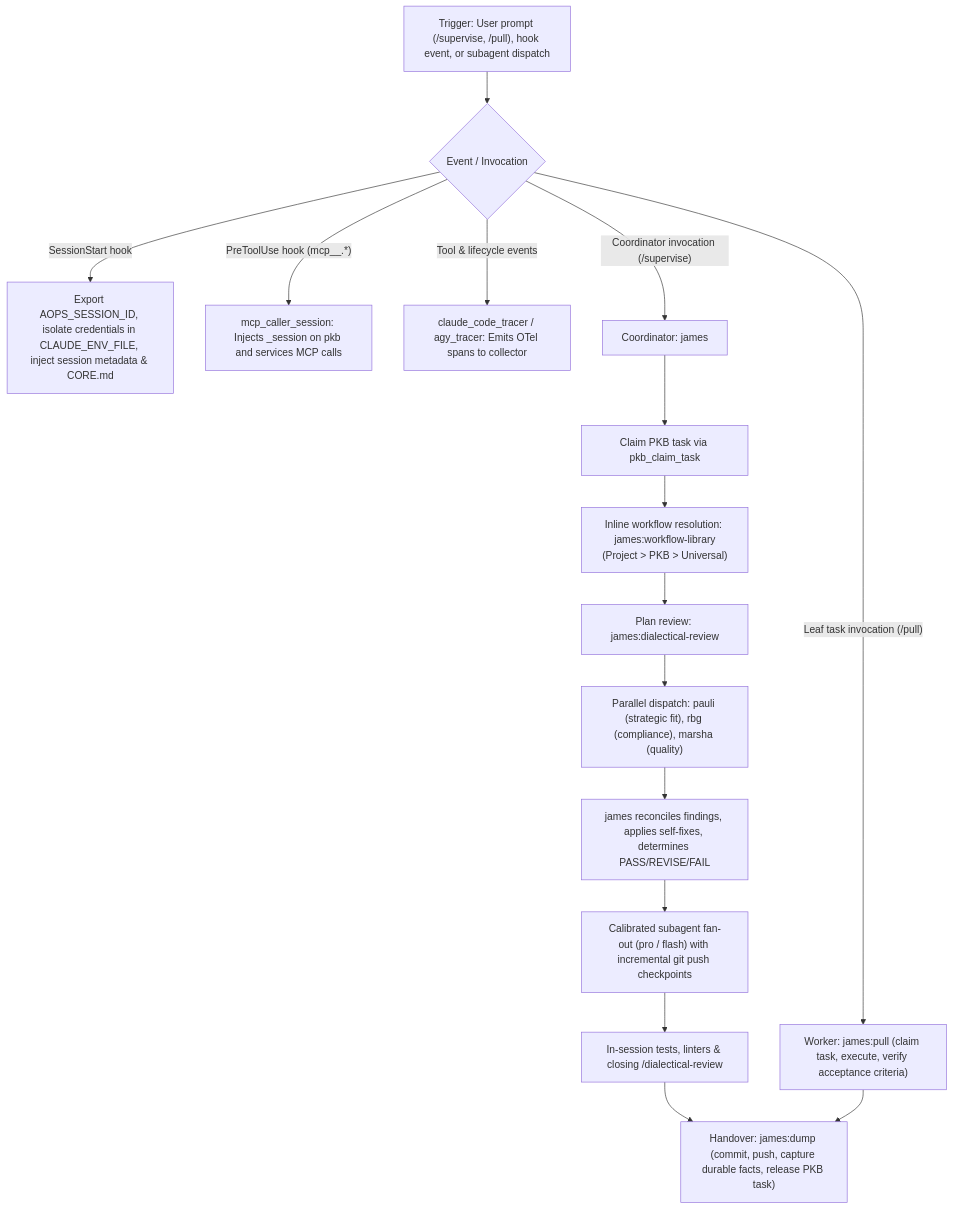
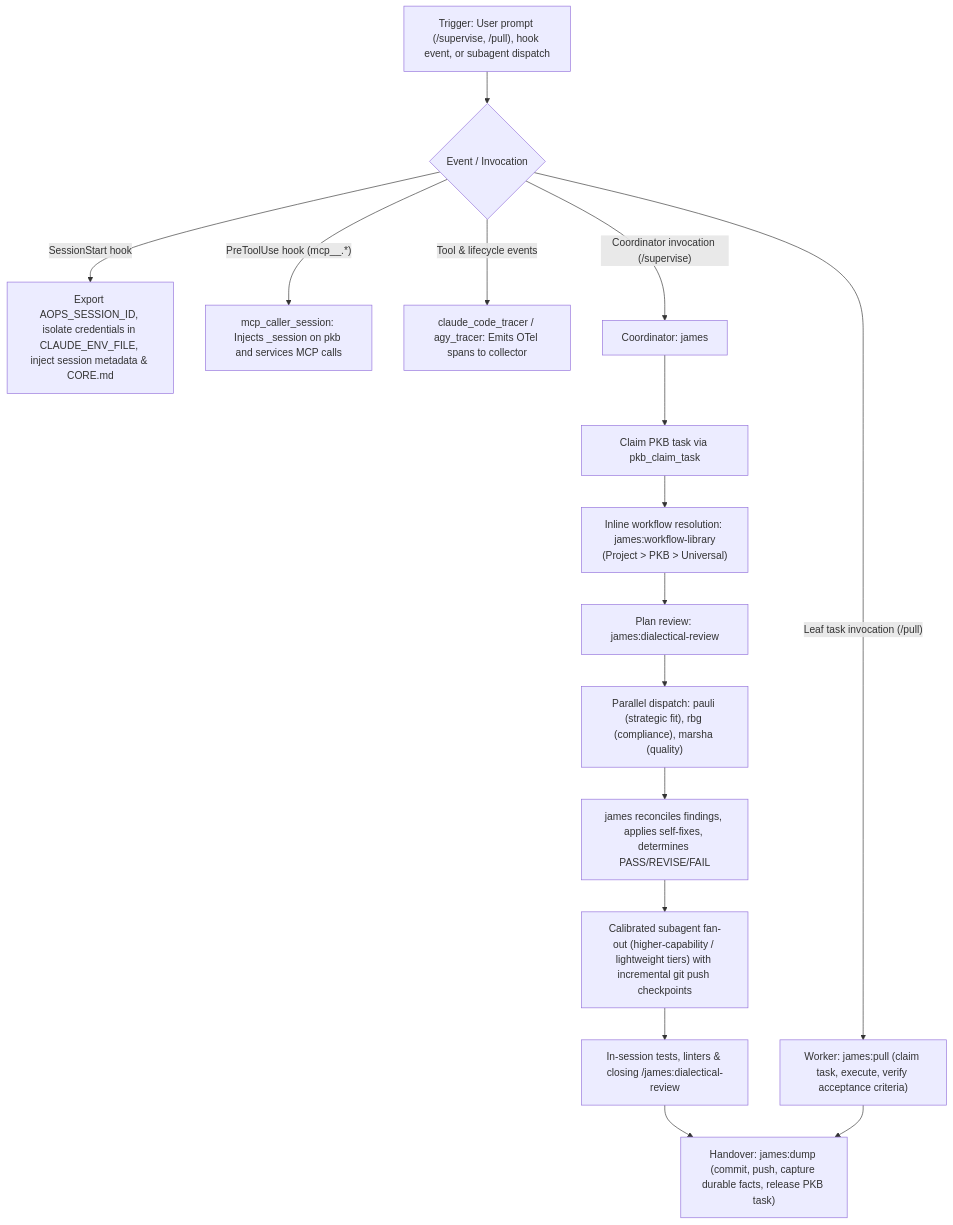
One commit to nicsuzor/academicOps changed the diagram in plugins/james/README.md. Above: the diagram before and after it, drawn with Mermaid. The commit also changed other lines of this file and 7 other files, not shown here.

````diff
--- a/plugins/james/README.md
+++ b/plugins/james/README.md
@@ -7,23 +7,23 @@
 ```mermaid
 flowchart TD
     Trigger["Trigger: User prompt (/supervise, /pull), hook event, or subagent dispatch"] --> Dispatcher{"Event / Invocation"}
 
     Dispatcher -- "SessionStart hook" --> Init["Export AOPS_SESSION_ID, isolate credentials in CLAUDE_ENV_FILE, inject session metadata & CORE.md"]
     Dispatcher -- "PreToolUse hook (mcp__.*)" --> SessionInjection["mcp_caller_session: Injects _session on pkb and services MCP calls"]
     Dispatcher -- "Tool & lifecycle events" --> Tracers["claude_code_tracer / agy_tracer: Emits OTel spans to collector"]
 
     Dispatcher -- "Coordinator invocation (/supervise)" --> James["Coordinator: james"]
     James --> Claim["Claim PKB task via pkb_claim_task"]
     Claim --> WorkflowLib["Inline workflow resolution: james:workflow-library\n(Project > PKB > Universal)"]
     WorkflowLib --> ReviewPhase["Plan review: james:dialectical-review"]
 
     ReviewPhase --> Dialectic["Parallel dispatch: pauli (strategic fit), rbg (compliance), marsha (quality)"]
     Dialectic --> Reconcile["james reconciles findings, applies self-fixes, determines PASS/REVISE/FAIL"]
 
-    Reconcile --> FanOut["Calibrated subagent fan-out (pro / flash) with incremental git push checkpoints"]
-    FanOut --> InSessionQA["In-session tests, linters & closing /dialectical-review"]
+    Reconcile --> FanOut["Calibrated subagent fan-out (higher-capability / lightweight tiers) with incremental git push checkpoints"]
+    FanOut --> InSessionQA["In-session tests, linters & closing /james:dialectical-review"]
     InSessionQA --> Dump["Handover: james:dump (commit, push, capture durable facts, release PKB task)"]
 
     Dispatcher -- "Leaf task invocation (/pull)" --> Pull["Worker: james:pull (claim task, execute, verify acceptance criteria)"]
     Pull --> Dump
 ```
````
